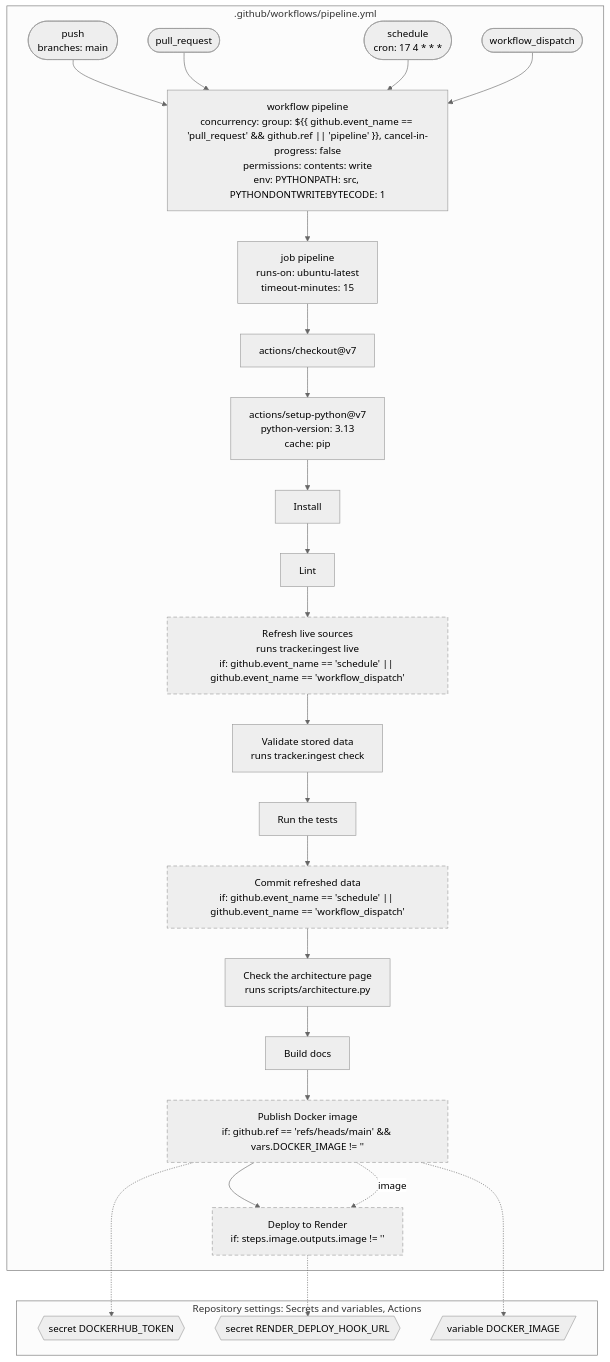
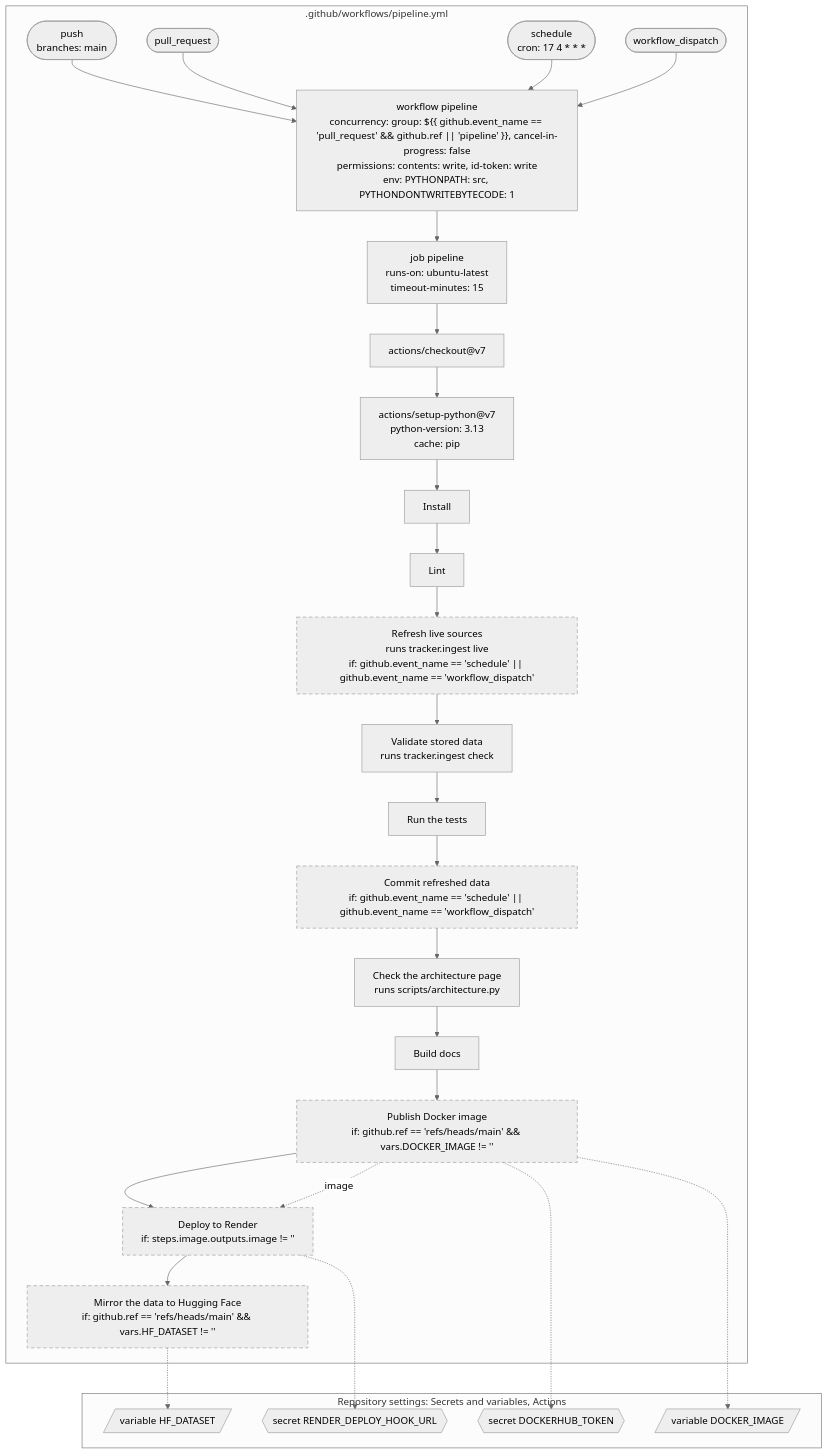
One commit to tryph0n/hybrid-tracker changed the second of 3 diagrams in docs/architecture.md. Above: the diagram before and after it, drawn with Mermaid (neutral theme). The commit also changed other lines of this file and 7 other files, not shown here.

First line of the commit message:
feat: mirror the stored data to a public Hugging Face dataset

````diff
--- a/docs/architecture.md
+++ b/docs/architecture.md
@@ -58,53 +62,57 @@
 ```mermaid
 ---
 config: {"flowchart": {"wrappingWidth": 400}}
 ---
 flowchart TB
   classDef conditional stroke-dasharray: 6 4
   subgraph workflow_pipeline_yml_box[".github/workflows/pipeline.yml"]
     on_pipeline_yml_push(["push<br/>branches: main"])
     on_pipeline_yml_push --> workflow_pipeline_yml
     on_pipeline_yml_pull_request(["pull_request"])
     on_pipeline_yml_pull_request --> workflow_pipeline_yml
     on_pipeline_yml_schedule(["schedule<br/>cron: 17 4 * * *"])
     on_pipeline_yml_schedule --> workflow_pipeline_yml
     on_pipeline_yml_workflow_dispatch(["workflow_dispatch"])
     on_pipeline_yml_workflow_dispatch --> workflow_pipeline_yml
-    workflow_pipeline_yml["workflow pipeline<br/>concurrency: group: ${{ github.event_name == 'pull_request' #amp;#amp; github.ref || 'pipeline' }}, cancel-in-progress: false<br/>permissions: contents: write<br/>env: PYTHONPATH: src, PYTHONDONTWRITEBYTECODE: 1"]
+    workflow_pipeline_yml["workflow pipeline<br/>concurrency: group: ${{ github.event_name == 'pull_request' #amp;#amp; github.ref || 'pipeline' }}, cancel-in-progress: false<br/>permissions: contents: write, id-token: write<br/>env: PYTHONPATH: src, PYTHONDONTWRITEBYTECODE: 1"]
     job_pipeline_yml_pipeline["job pipeline<br/>runs-on: ubuntu-latest<br/>timeout-minutes: 15"]
     workflow_pipeline_yml --> job_pipeline_yml_pipeline
     step_actions_checkout_v7["actions/checkout@v7"]
     job_pipeline_yml_pipeline --> step_actions_checkout_v7
     step_actions_setup_python_v7["actions/setup-python@v7<br/>python-version: 3.13<br/>cache: pip"]
     step_actions_checkout_v7 --> step_actions_setup_python_v7
     step_Install["Install"]
     step_actions_setup_python_v7 --> step_Install
     step_Lint["Lint"]
     step_Install --> step_Lint
     step_Refresh_live_sources["Refresh live sources<br/>runs tracker.ingest live<br/>if: github.event_name == 'schedule' || github.event_name == 'workflow_dispatch'"]:::conditional
     step_Lint --> step_Refresh_live_sources
     step_Validate_stored_data["Validate stored data<br/>runs tracker.ingest check"]
     step_Refresh_live_sources --> step_Validate_stored_data
     step_Run_the_tests["Run the tests"]
     step_Validate_stored_data --> step_Run_the_tests
     step_Commit_refreshed_data["Commit refreshed data<br/>if: github.event_name == 'schedule' || github.event_name == 'workflow_dispatch'"]:::conditional
     step_Run_the_tests --> step_Commit_refreshed_data
     step_Check_the_architecture_page["Check the architecture page<br/>runs scripts/architecture.py"]
     step_Commit_refreshed_data --> step_Check_the_architecture_page
     step_Build_docs["Build docs"]
     step_Check_the_architecture_page --> step_Build_docs
     step_Publish_Docker_image["Publish Docker image<br/>if: github.ref == 'refs/heads/main' #amp;#amp; vars.DOCKER_IMAGE != ''"]:::conditional
     step_Build_docs --> step_Publish_Docker_image
     step_Deploy_to_Render["Deploy to Render<br/>if: steps.image.outputs.image != ''"]:::conditional
     step_Publish_Docker_image --> step_Deploy_to_Render
+    step_Mirror_the_data_to_Hugging_Face["Mirror the data to Hugging Face<br/>if: github.ref == 'refs/heads/main' #amp;#amp; vars.HF_DATASET != ''"]:::conditional
+    step_Deploy_to_Render --> step_Mirror_the_data_to_Hugging_Face
   end
   step_Publish_Docker_image -.->|image| step_Deploy_to_Render
   subgraph settings["Repository settings: Secrets and variables, Actions"]
     secrets_DOCKERHUB_TOKEN{{"secret DOCKERHUB_TOKEN"}}
     secrets_RENDER_DEPLOY_HOOK_URL{{"secret RENDER_DEPLOY_HOOK_URL"}}
     vars_DOCKER_IMAGE[/"variable DOCKER_IMAGE"/]
+    vars_HF_DATASET[/"variable HF_DATASET"/]
   end
   step_Publish_Docker_image -.-> secrets_DOCKERHUB_TOKEN
   step_Deploy_to_Render -.-> secrets_RENDER_DEPLOY_HOOK_URL
   step_Publish_Docker_image -.-> vars_DOCKER_IMAGE
+  step_Mirror_the_data_to_Hugging_Face -.-> vars_HF_DATASET
 ```
````
